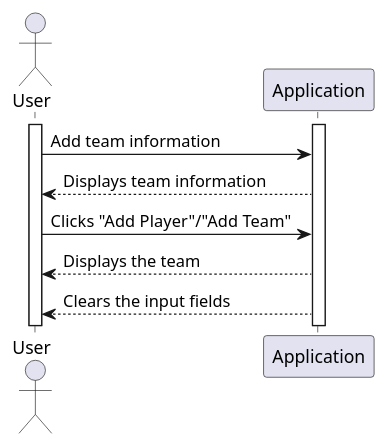
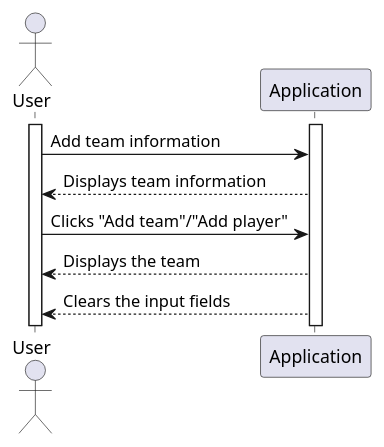
Before and after one commit to itzMesh/DCST1008-Prosjekt: the diagram in ProjektUML/SequencediagramUserAppData/sequence_diagram_addTeam.wsd, drawn with PlantUML. The commit also changed 2 other files, not shown here.

```diff
--- a/ProjektUML/SequencediagramUserAppData/sequence_diagram_addTeam.wsd
+++ b/ProjektUML/SequencediagramUserAppData/sequence_diagram_addTeam.wsd
@@ -1,16 +1,16 @@
 @startuml addTeam
 
 actor User as U
 participant Application as A
 
 activate U
 activate A
 
 U->A: Add team information
 A-->U: Displays team information
-U->A: Clicks "Add Player"/"Add Team"
+U->A: Clicks "Add team"/"Add player"
 A-->U: Displays the team
 A-->U: Clears the input fields
 
 
 @enduml
```
